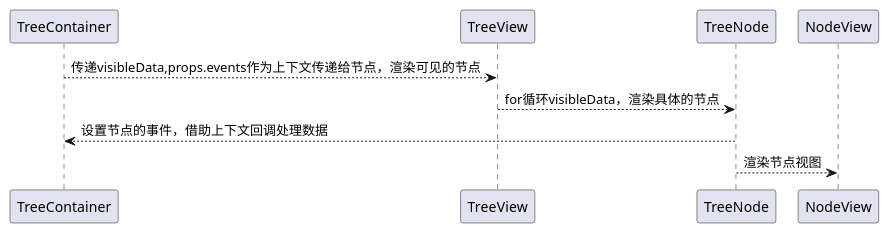
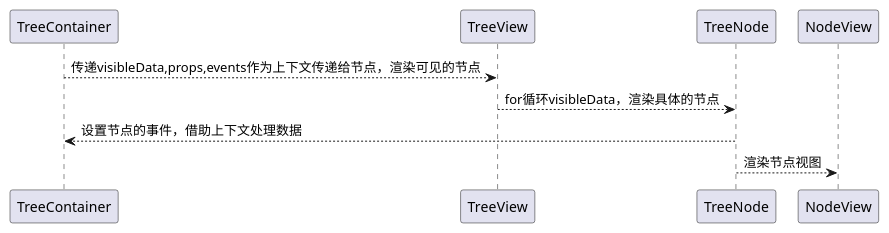
One commit to wangzhiyonglyk/wasabi-tree changed the fourth of 4 diagrams in README.md. Above: the diagram before and after it, drawn with PlantUML. The commit also changed other lines of this file and 17 other files, not shown here.

````diff
--- a/README.md
+++ b/README.md
@@ -271,8 +285,8 @@
 ```plantuml
 @startuml
-TreeContainer-->TreeView:传递visibleData,props.events作为上下文传递给节点，渲染可见的节点
+TreeContainer-->TreeView:传递visibleData,props,events作为上下文传递给节点，渲染可见的节点
 TreeView-->TreeNode:for循环visibleData，渲染具体的节点
-TreeNode-->TreeContainer: 设置节点的事件，借助上下文回调处理数据
+TreeNode-->TreeContainer: 设置节点的事件，借助上下文处理数据
 TreeNode-->NodeView:渲染节点视图
 @enduml
 ```
````
